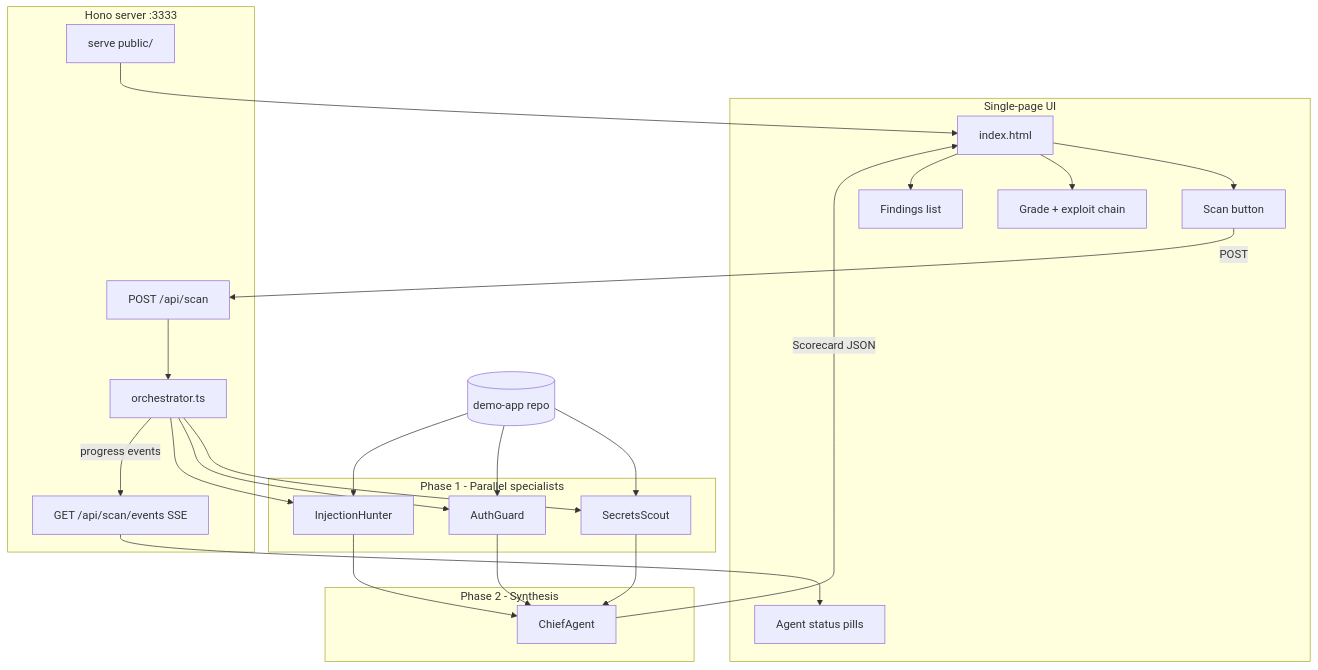
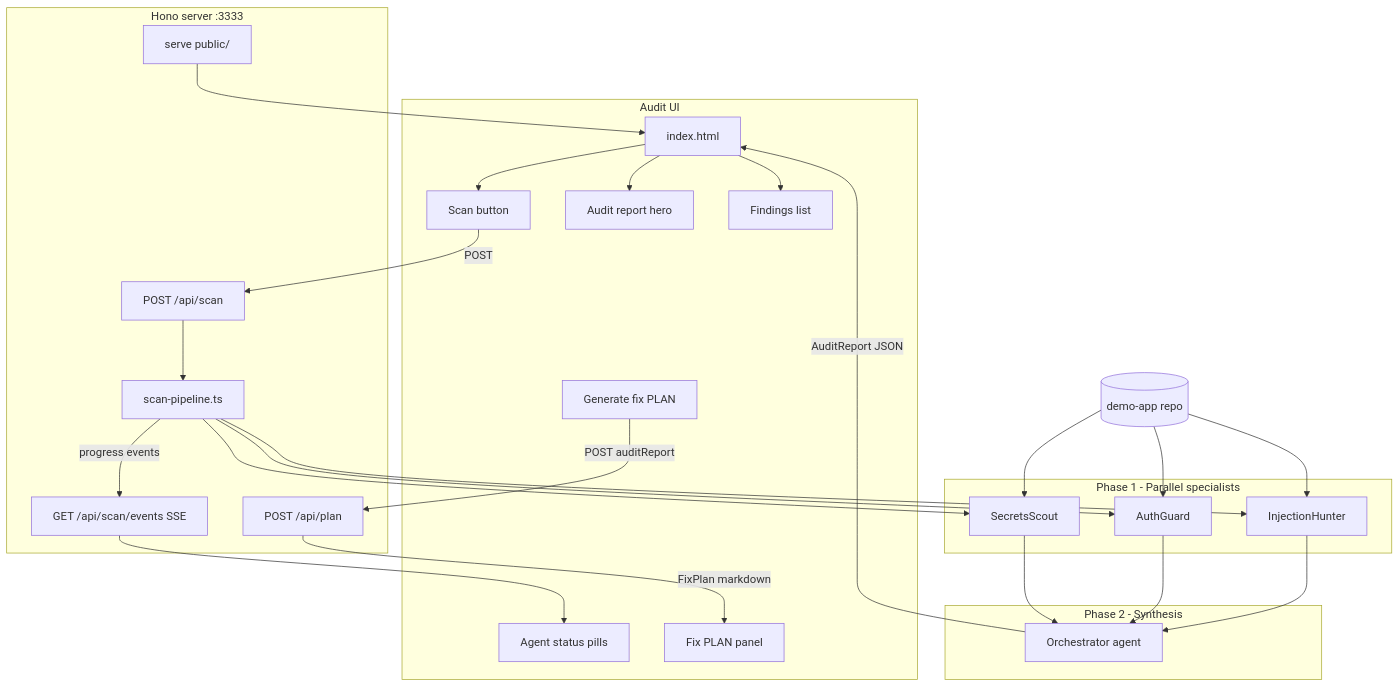
Before and after one commit to 0xRezaa/attack-vector-detector: the diagram in docs/plans/security-multi-agent-demo.md, drawn with Mermaid. The commit also changed other lines of this file, not shown here.

Commit message:
feat: progress plan

````diff
--- a/docs/plans/security-multi-agent-demo.md
+++ b/docs/plans/security-multi-agent-demo.md
@@ -45,48 +50,53 @@
 ```mermaid
 flowchart TB
-  subgraph browser [Single-page UI]
+  subgraph browser [Audit UI]
     Page[index.html]
     ScanBtn[Scan button]
     AgentPills[Agent status pills]
-    Scorecard[Grade + exploit chain]
+    AuditHero[Audit report hero]
     Findings[Findings list]
+    PlanPanel[Fix PLAN panel]
+    GenPlan[Generate fix PLAN]
   end
 
   subgraph server [Hono server :3333]
     Static[serve public/]
     ScanAPI[POST /api/scan]
+    PlanAPI[POST /api/plan]
     EventsAPI[GET /api/scan/events SSE]
-    Orchestrator[orchestrator.ts]
+    ScanPipeline[scan-pipeline.ts]
   end
 
   subgraph phase1 [Phase 1 - Parallel specialists]
     Secrets[SecretsScout]
     Auth[AuthGuard]
     Injection[InjectionHunter]
   end
 
   subgraph phase2 [Phase 2 - Synthesis]
-    Chief[ChiefAgent]
+    OrchAgent[Orchestrator agent]
   end
 
   DemoApp[(demo-app repo)]
 
   Page --> ScanBtn
   ScanBtn -->|POST| ScanAPI
-  ScanAPI --> Orchestrator
-  Orchestrator --> Secrets
-  Orchestrator --> Auth
-  Orchestrator --> Injection
+  ScanAPI --> ScanPipeline
+  ScanPipeline --> Secrets
+  ScanPipeline --> Auth
+  ScanPipeline --> Injection
   DemoApp --> Secrets
   DemoApp --> Auth
   DemoApp --> Injection
-  Orchestrator -->|progress events| EventsAPI
+  ScanPipeline -->|progress events| EventsAPI
   EventsAPI --> AgentPills
-  Secrets --> Chief
-  Auth --> Chief
-  Injection --> Chief
-  Chief -->|Scorecard JSON| Page
-  Page --> Scorecard
+  Secrets --> OrchAgent
+  Auth --> OrchAgent
+  Injection --> OrchAgent
+  OrchAgent -->|AuditReport JSON| Page
+  Page --> AuditHero
   Page --> Findings
+  GenPlan -->|POST auditReport| PlanAPI
+  PlanAPI -->|FixPlan markdown| PlanPanel
   Static --> Page
 ```
````
